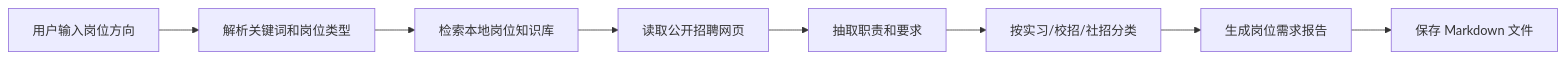
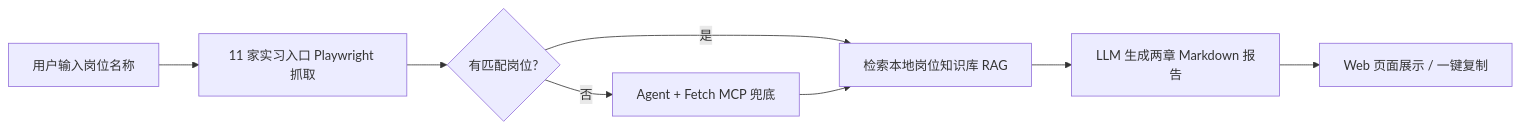
Before and after one commit to sk08lee/AI-JD-search-agent: the diagram in README.md, drawn with Mermaid. The commit also changed other lines of this file and 1 other file, not shown here.

````diff
--- a/README.md
+++ b/README.md
@@ -54,10 +71,10 @@
 ```mermaid
 flowchart LR
-    A[用户输入岗位方向] --> B[解析关键词和岗位类型]
-    B --> C[检索本地岗位知识库]
-    C --> D[读取公开招聘网页]
-    D --> E[抽取职责和要求]
-    E --> F[按实习/校招/社招分类]
-    F --> G[生成岗位需求报告]
-    G --> H[保存 Markdown 文件]
+    A[用户输入岗位名称] --> B[11 家实习入口 Playwright 抓取]
+    B --> C{有匹配岗位?}
+    C -->|否| D[Agent + Fetch MCP 兜底]
+    C -->|是| E[检索本地岗位知识库 RAG]
+    D --> E
+    E --> F[LLM 生成两章 Markdown 报告]
+    F --> G[Web 页面展示 / 一键复制]
 ```
````
